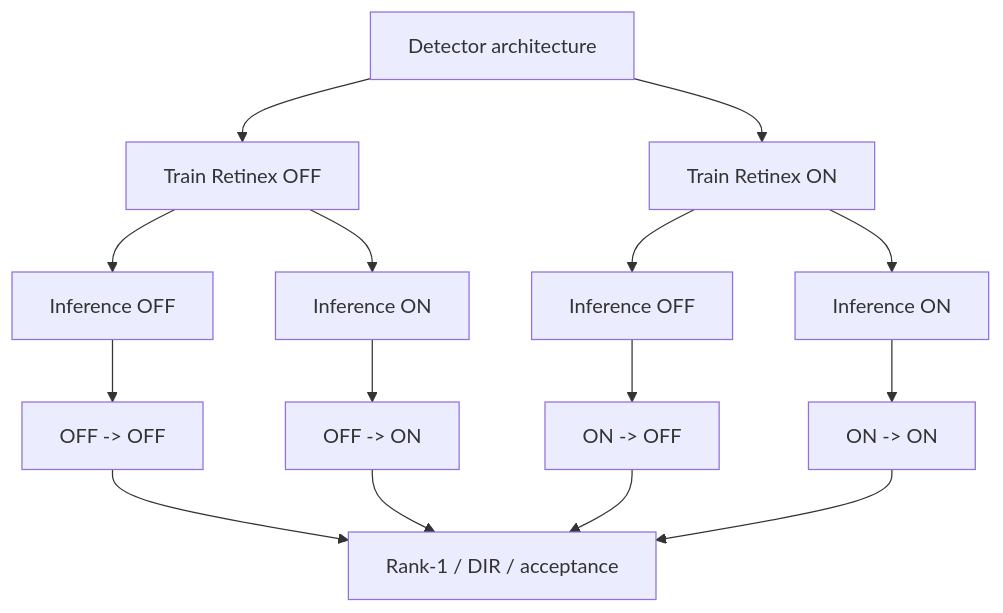
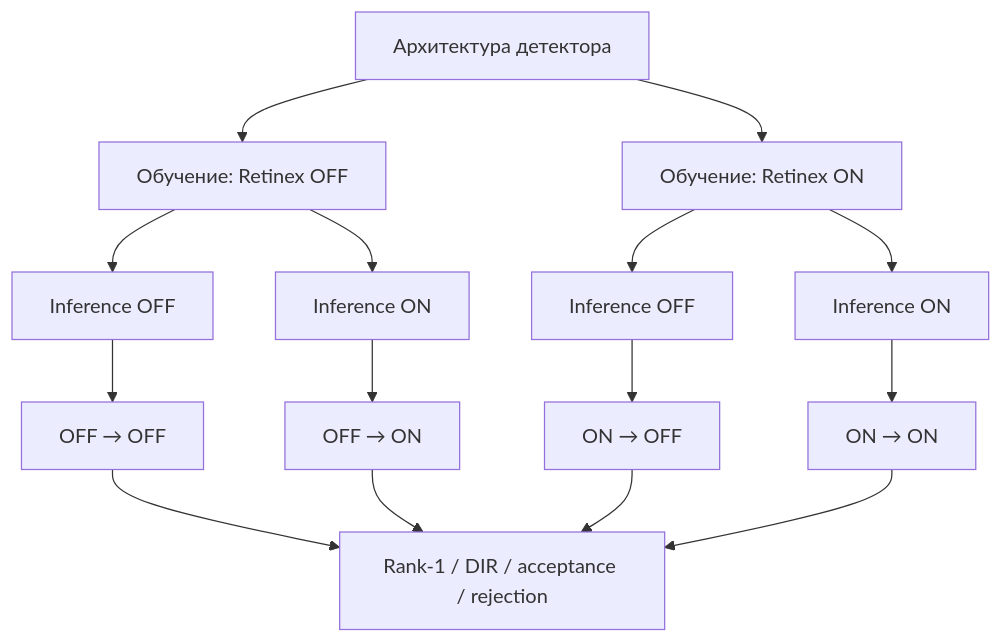
Before and after one commit to mutalova-zhazira/face_identity_faster-rcnn_self-attention_retinex: the seventh of 7 diagrams in README_RUS.md, drawn with Mermaid. The commit also changed other lines of this file, not shown here.

````diff
--- a/README_RUS.md
+++ b/README_RUS.md
@@ -194,21 +407,20 @@
 ```mermaid
 flowchart TB
-    A["Detector architecture"] --> B["Train Retinex OFF"]
-    A --> C["Train Retinex ON"]
+    A["Архитектура детектора"] --> B["Обучение: Retinex OFF"]
+    A --> C["Обучение: Retinex ON"]
 
-    B --> B1["Inference OFF"]
-    B --> B2["Inference ON"]
+    B --> D["Inference OFF"]
+    B --> E["Inference ON"]
+    C --> F["Inference OFF"]
+    C --> G["Inference ON"]
 
-    C --> C1["Inference OFF"]
-    C --> C2["Inference ON"]
+    D --> H["OFF → OFF"]
+    E --> I["OFF → ON"]
+    F --> J["ON → OFF"]
+    G --> K["ON → ON"]
 
-    B1 --> D["OFF -> OFF"]
-    B2 --> E["OFF -> ON"]
-    C1 --> F["ON -> OFF"]
-    C2 --> G["ON -> ON"]
-
-    D --> H["Rank-1 / DIR / acceptance"]
-    E --> H
-    F --> H
-    G --> H
+    H --> L["Rank-1 / DIR / acceptance / rejection"]
+    I --> L
+    J --> L
+    K --> L
 ```
````
